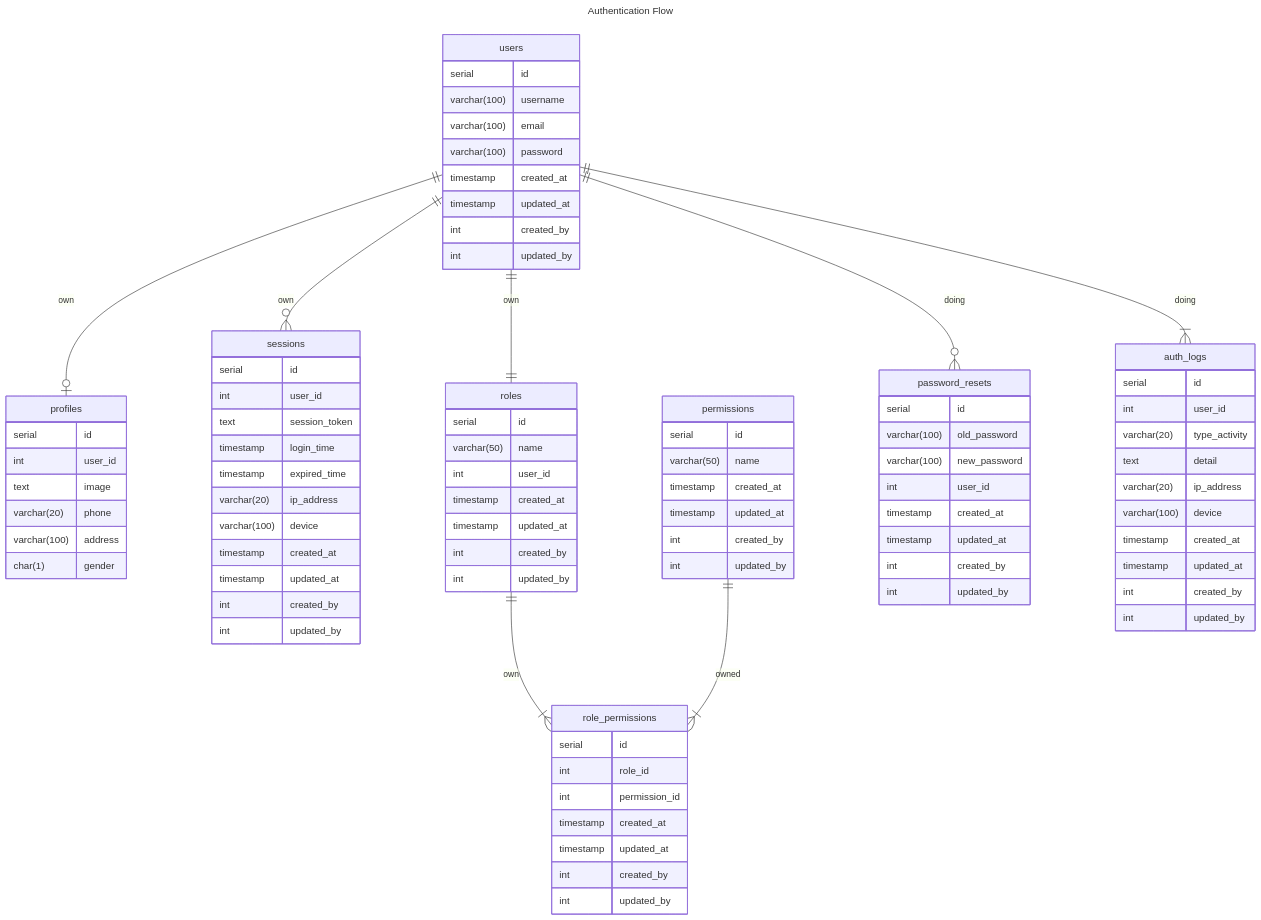
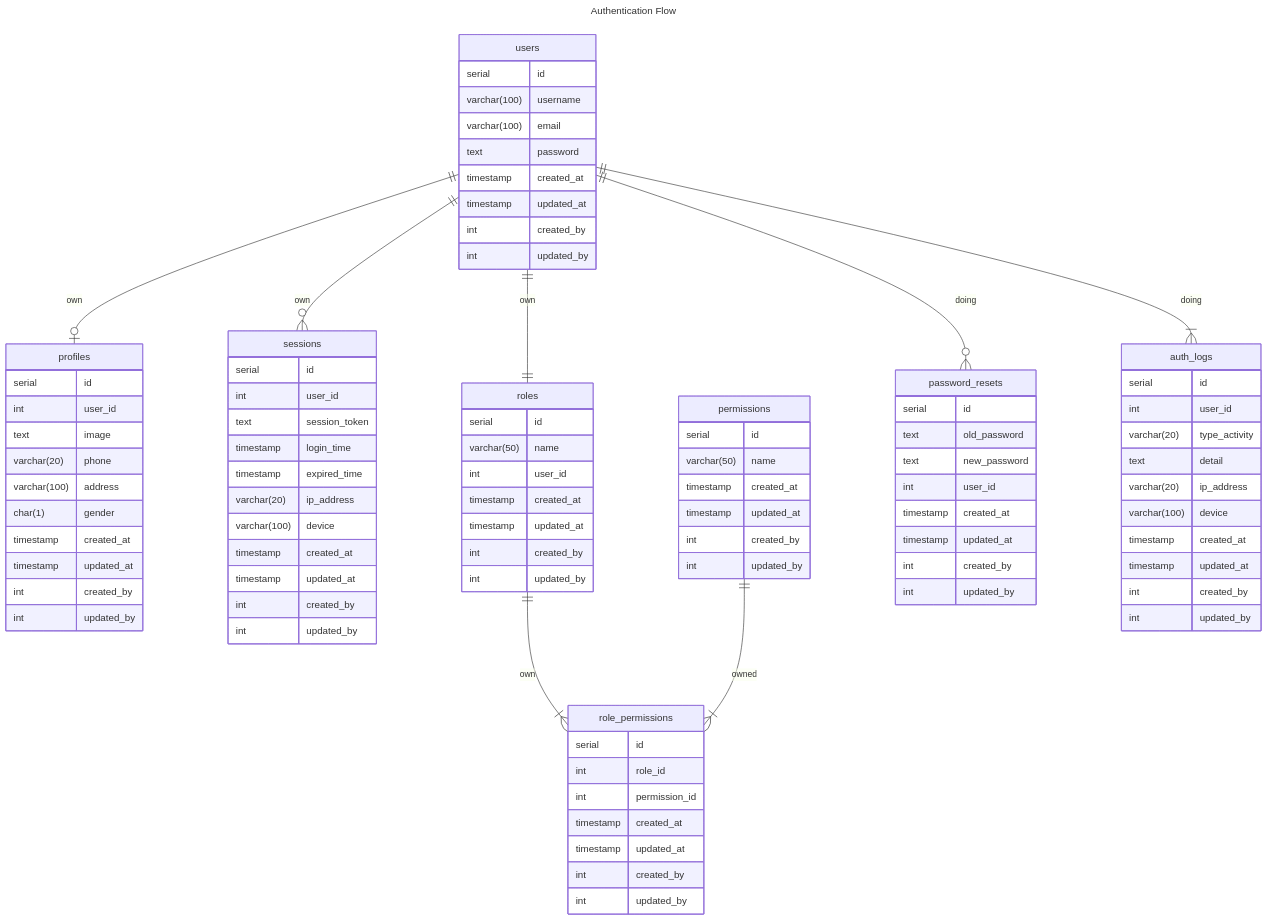
One commit to ItsnaMaulanaHasan/koda-b4-db4 changed the diagram in README.md. Above: the diagram before and after it, drawn with Mermaid.

Commit message:
feat: change type data password and added generic field on profiles table

```diff
--- a/README.md
+++ b/README.md
@@ -9,7 +9,7 @@
         serial id
         varchar(100) username
         varchar(100) email
-        varchar(100) password
+        text password
         timestamp created_at
         timestamp updated_at
         int created_by
@@ -23,6 +23,10 @@
         varchar(20) phone
         varchar(100) address
         char(1) gender
+        timestamp created_at
+        timestamp updated_at
+        int created_by
+        int updated_by
     }
 
     users ||--o| profiles : own
@@ -79,8 +83,8 @@
 
     password_resets {
         serial id
-        varchar(100) old_password
-        varchar(100) new_password
+        text old_password
+        text new_password
         int user_id
         timestamp created_at
         timestamp updated_at
```
